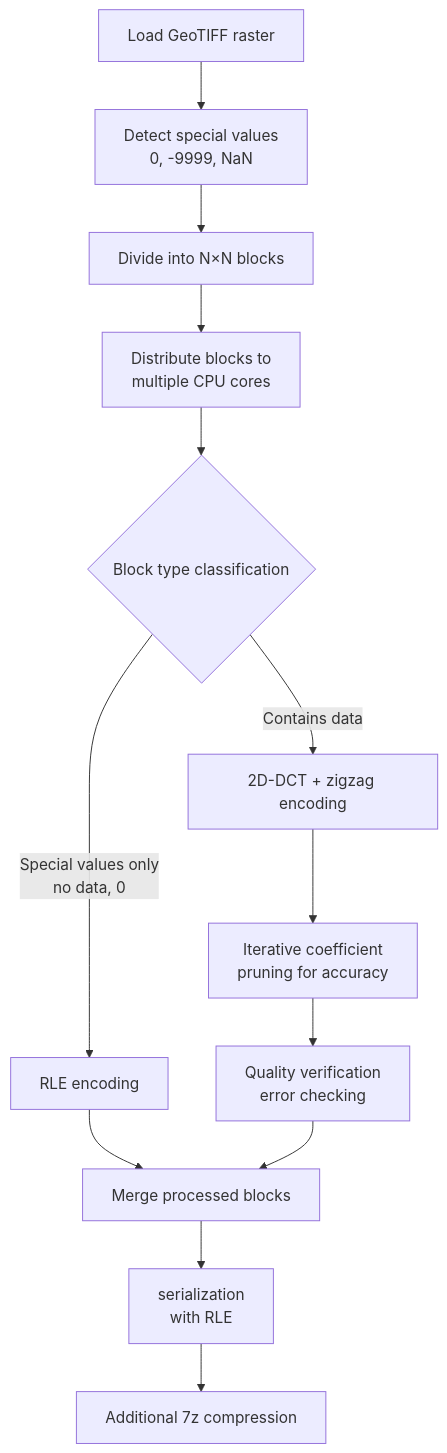
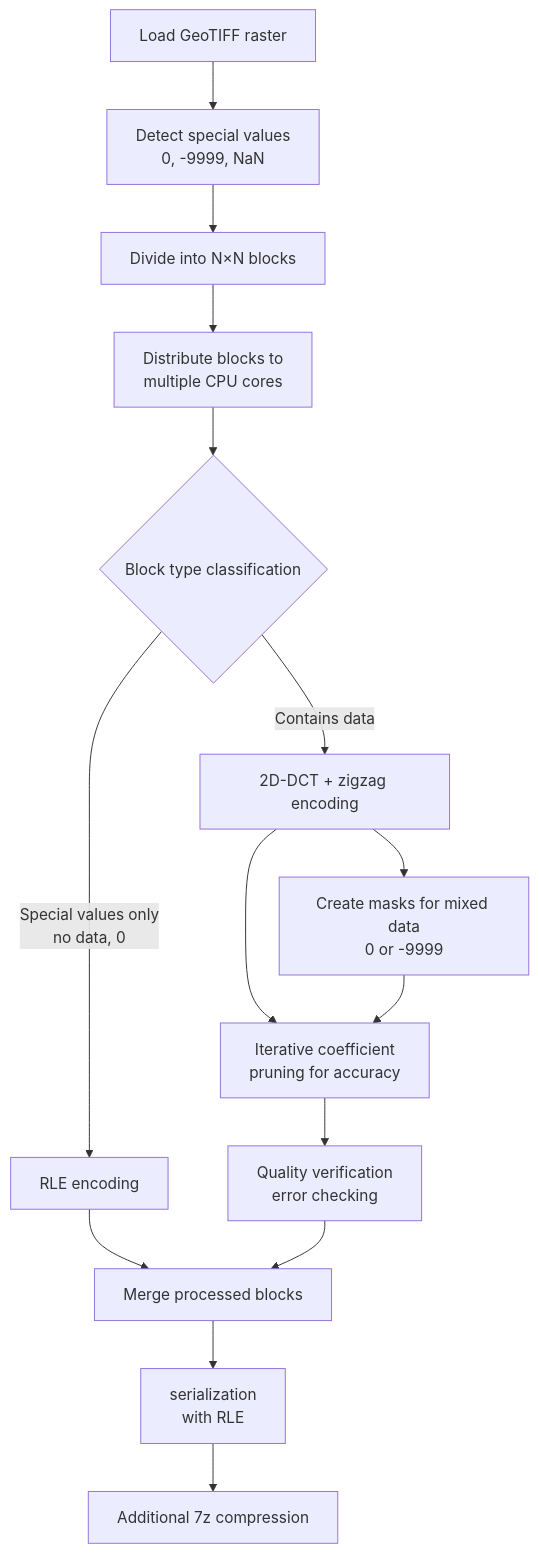
Before and after one commit to ZSIP/FIDWaC: the second of 2 diagrams in README.md, drawn with Mermaid.

````diff
--- a/README.md
+++ b/README.md
@@ -197,15 +197,17 @@
 ```mermaid
 graph TB
     A[Load GeoTIFF raster] --> B[Detect special values<br>0, -9999, NaN]
     B --> C[Divide into N×N blocks]
     C --> D[Distribute blocks to<br>multiple CPU cores]
     D --> E{Block type classification}
     E -->|Special values only <br> no data, 0 | F1[RLE encoding]
     E -->|Contains data| F2[2D-DCT + zigzag encoding]
     F2 --> G[Iterative coefficient<br>pruning for accuracy]
     G --> H[Quality verification<br>error checking]
     F1 --> I[Merge processed blocks]
     H --> I
     I --> J[serialization<br>with RLE]
     J --> K[Additional 7z compression]
+    F2 --> L[Create masks for mixed data<br>0 or -9999]
+    L --> G
 ```
````
